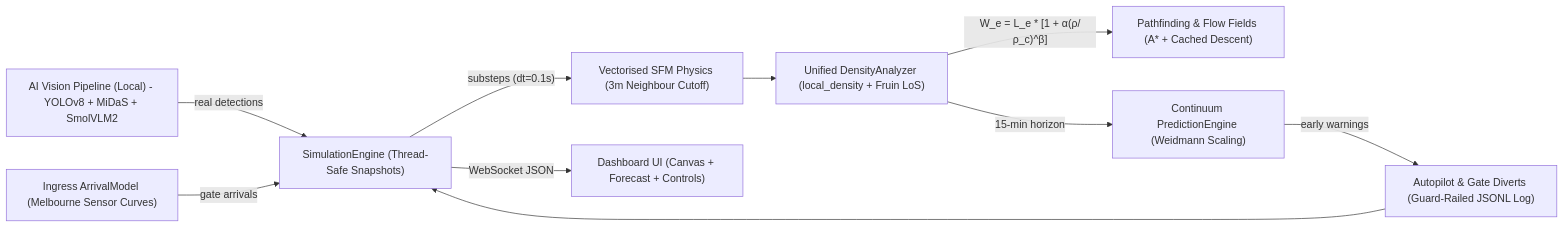
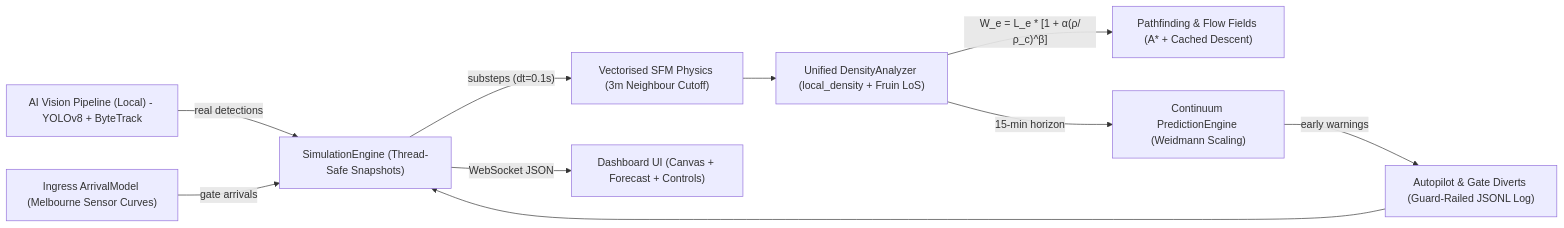
Before and after one commit to ishitathakur22/crowd-guard: the diagram in README.md, drawn with Mermaid. The commit also changed other lines of this file and 95 other files, not shown here.

````diff
--- a/README.md
+++ b/README.md
@@ -42,12 +42,12 @@
 ```mermaid
 flowchart LR
-    V["AI Vision Pipeline (Local) - YOLOv8 + MiDaS + SmolVLM2"] -->|"real detections"| S["SimulationEngine (Thread-Safe Snapshots)"]
+    V["AI Vision Pipeline (Local) - YOLOv8 + ByteTrack"] -->|"real detections"| S["SimulationEngine (Thread-Safe Snapshots)"]
     I["Ingress ArrivalModel (Melbourne Sensor Curves)"] -->|"gate arrivals"| S
     S -->|"substeps (dt=0.1s)"| P["Vectorised SFM Physics (3m Neighbour Cutoff)"]
     P --> D["Unified DensityAnalyzer (local_density + Fruin LoS)"]
     D -->|"W_e = L_e * [1 + α(ρ/ρ_c)^β]"| R["Pathfinding & Flow Fields (A* + Cached Descent)"]
     D -->|"15-min horizon"| F["Continuum PredictionEngine (Weidmann Scaling)"]
     F -->|"early warnings"| A["Autopilot & Gate Diverts (Guard-Railed JSONL Log)"]
     S -->|"WebSocket JSON"| UI["Dashboard UI (Canvas + Forecast + Controls)"]
     A --> S
 ```
````
